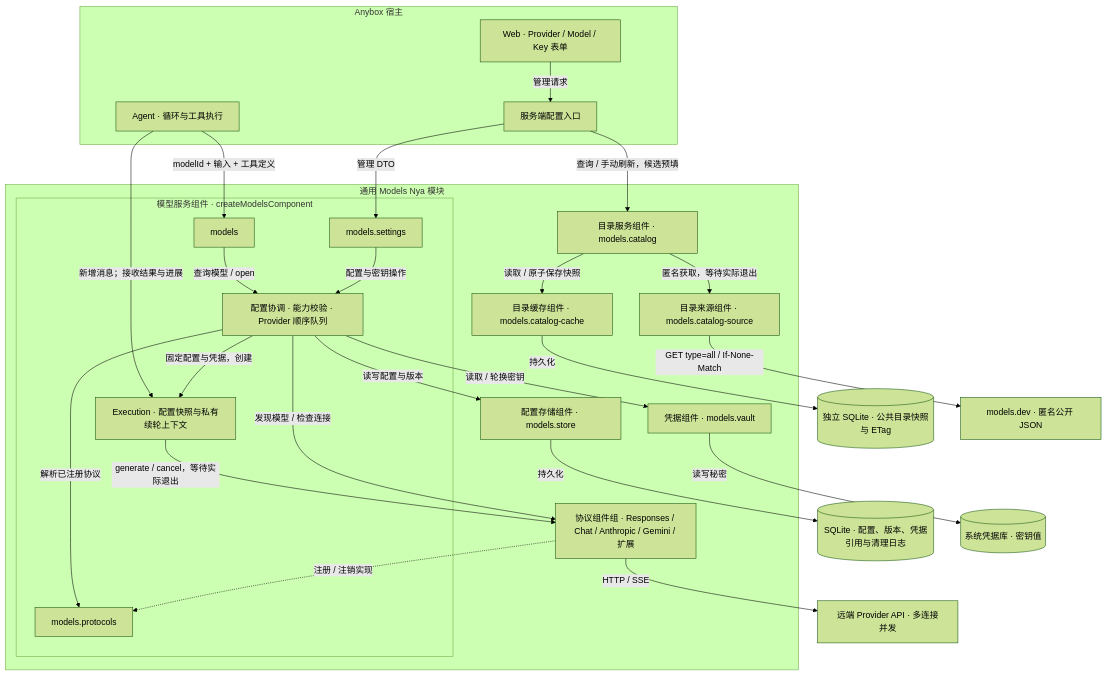
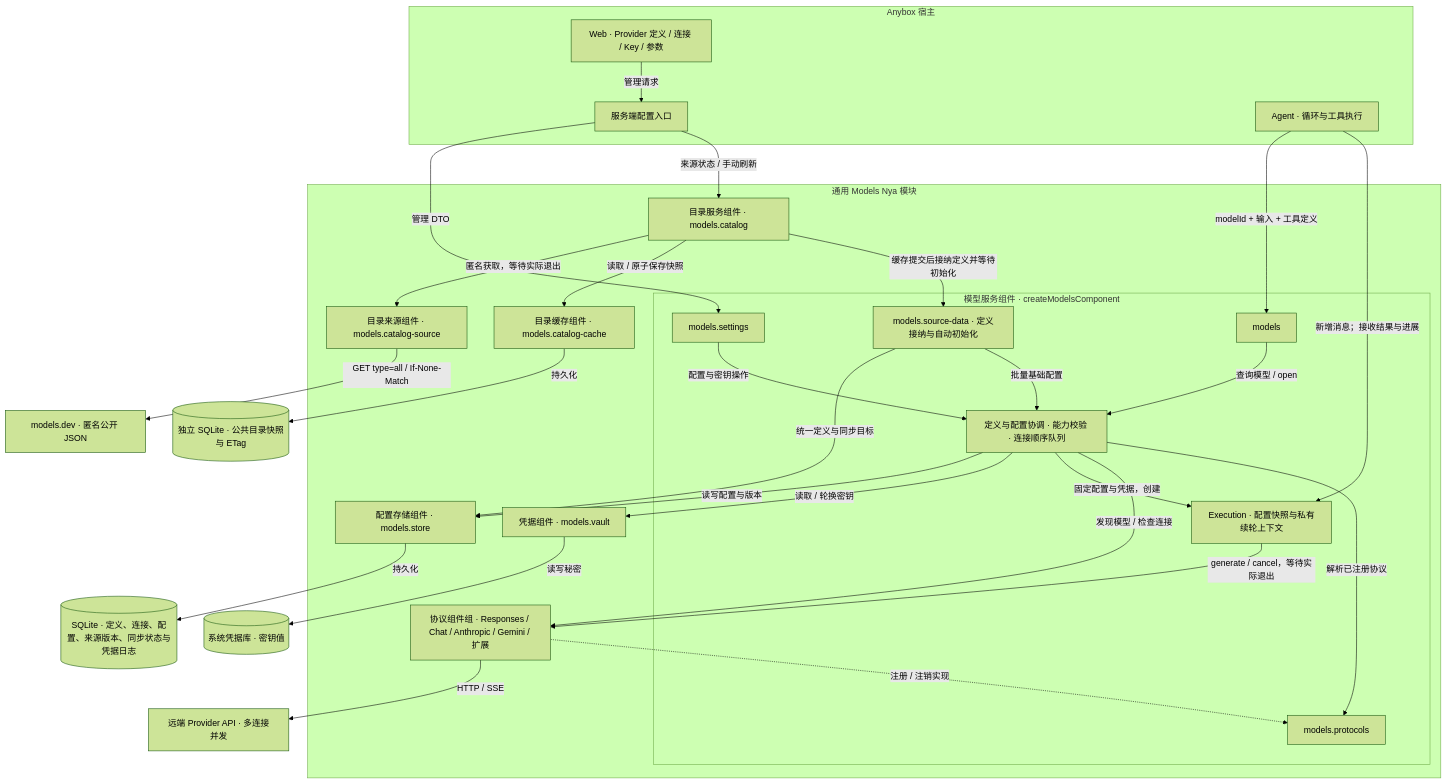
One commit to fanfan-de/AnyboxV2 changed the first of 3 diagrams in docs/architecture/models-module.md. Above: the diagram before and after it, drawn with Mermaid (forest theme). The commit also changed other lines of this file and 68 other files, not shown here.

Commit message:
feat(models): integrate multi-provider model configuration and protocols

````diff
--- a/docs/architecture/models-module.md
+++ b/docs/architecture/models-module.md
@@ -9,54 +9,58 @@
 ```mermaid
 flowchart TB
     subgraph host ["Anybox 宿主"]
-        ui["Web · Provider / Model / Key 表单"]
+        ui["Web · Provider 定义 / 连接 / Key / 参数"]
         entry["服务端配置入口"]
         agent["Agent · 循环与工具执行"]
         ui -->|管理请求| entry
     end
 
     subgraph module ["通用 Models Nya 模块"]
         subgraph core ["模型服务组件 · createModelsComponent"]
             settings["models.settings"]
             models["models"]
             registry["models.protocols"]
-            coordinator["配置协调 · 能力校验 · Provider 顺序队列"]
+            coordinator["定义与配置协调 · 能力校验 · 连接顺序队列"]
+            sourceData["models.source-data · 定义接纳与自动初始化"]
             execution["Execution · 配置快照与私有续轮上下文"]
         end
 
         store["配置存储组件 · models.store"]
         vault["凭据组件 · models.vault"]
         protocolImpl["协议组件组 · Responses / Chat / Anthropic / Gemini / 扩展"]
         catalog["目录服务组件 · models.catalog"]
         source["目录来源组件 · models.catalog-source"]
         cache["目录缓存组件 · models.catalog-cache"]
 
         settings -->|配置与密钥操作| coordinator
         models -->|查询模型 / open| coordinator
         coordinator -->|读写配置与版本| store
         coordinator -->|读取 / 轮换密钥| vault
         coordinator -->|固定配置与凭据，创建| execution
         coordinator -->|发现模型 / 检查连接| protocolImpl
         execution -->|generate / cancel，等待实际退出| protocolImpl
         protocolImpl -.->|注册 / 注销实现| registry
         coordinator -->|解析已注册协议| registry
         catalog -->|匿名获取，等待实际退出| source
         catalog -->|读取 / 原子保存快照| cache
+        catalog -->|缓存提交后接纳定义并等待初始化| sourceData
+        sourceData -->|统一定义与同步目标| store
+        sourceData -->|批量基础配置| coordinator
     end
 
-    database[("SQLite · 配置、版本、凭据引用与清理日志")]
+    database[("SQLite · 定义、连接、配置、来源版本、同步状态与凭据日志")]
     catalogDatabase[("独立 SQLite · 公共目录快照与 ETag")]
     keyring[("系统凭据库 · 密钥值")]
     remote["远端 Provider API · 多连接并发"]
     directory["models.dev · 匿名公开 JSON"]
 
     entry -->|管理 DTO| settings
-    entry -->|查询 / 手动刷新，候选预填| catalog
+    entry -->|来源状态 / 手动刷新| catalog
     agent -->|modelId + 输入 + 工具定义| models
     agent -->|新增消息；接收结果与进展| execution
     store -->|持久化| database
     vault -->|读写秘密| keyring
     protocolImpl -->|HTTP / SSE| remote
     cache -->|持久化| catalogDatabase
     source -->|GET type=all / If-None-Match| directory
 ```
````
